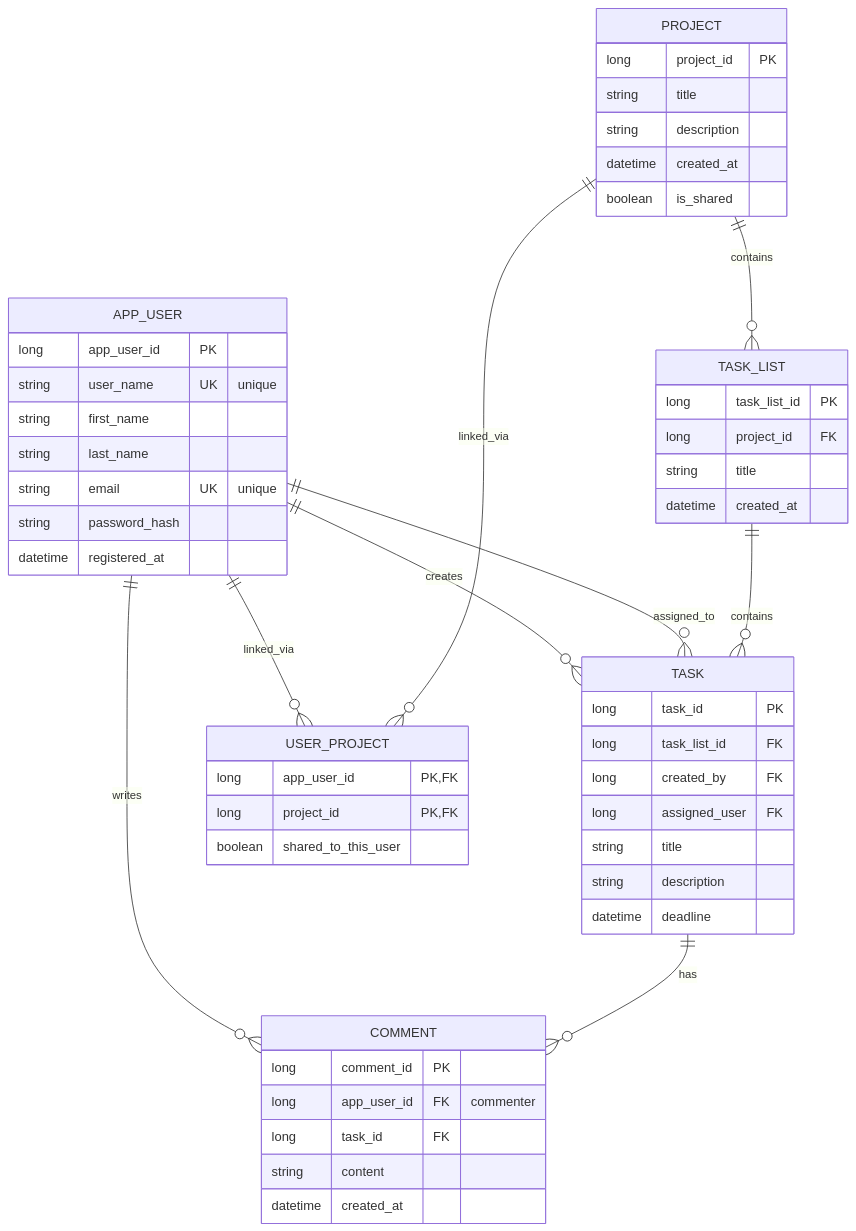
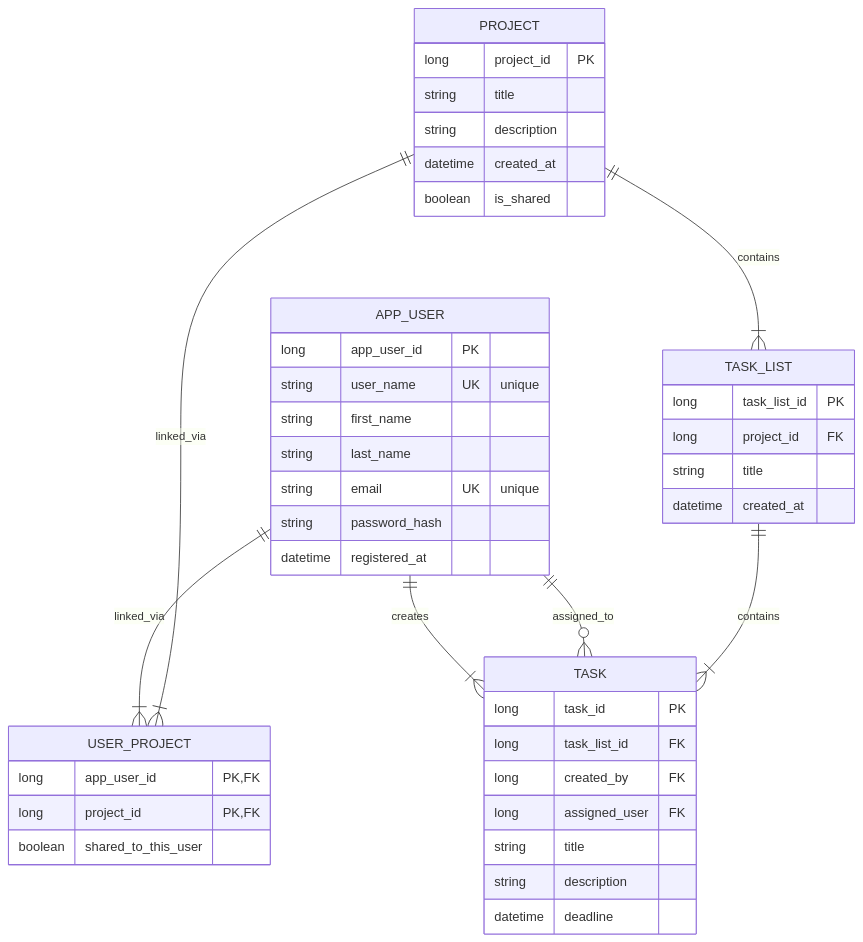
Before and after one commit to Git-Happens-HH/Project-management-backend: the diagram in README.md, drawn with Mermaid. The commit also changed other lines of this file, not shown here.

````diff
--- a/README.md
+++ b/README.md
@@ -118,60 +118,50 @@
 ```mermaid
 erDiagram
-  APP_USER ||--o{ TASK : creates
+  APP_USER ||--|{ TASK : creates
   APP_USER ||--o{ TASK : assigned_to
-  APP_USER ||--o{ COMMENT : writes
-  APP_USER ||--o{ USER_PROJECT : linked_via
-  PROJECT ||--o{ USER_PROJECT : linked_via
-  PROJECT ||--o{ TASK_LIST : contains
-  TASK_LIST ||--o{ TASK : contains
-  TASK ||--o{ COMMENT : has
+  APP_USER ||--|{ USER_PROJECT : linked_via
+  PROJECT ||--|{ USER_PROJECT : linked_via
+  PROJECT ||--|{ TASK_LIST : contains
+  TASK_LIST ||--|{ TASK : contains
 
   APP_USER {
     long app_user_id PK
     string user_name UK "unique"
     string first_name
     string last_name
     string email UK "unique"
     string password_hash
     datetime registered_at
   }
 
   PROJECT {
     long project_id PK
     string title
     string description
     datetime created_at
     boolean is_shared
   }
 
   TASK_LIST {
     long task_list_id PK
     long project_id FK
     string title
     datetime created_at
   }
 
   TASK {
     long task_id PK
     long task_list_id FK
     long created_by FK
     long assigned_user FK
     string title
     string description
     datetime deadline
   }
 
-  COMMENT {
-    long comment_id PK
-    long app_user_id FK "commenter"
-    long task_id FK
-    string content
-    datetime created_at
-  }
-
   USER_PROJECT {
     long app_user_id PK,FK
     long project_id PK,FK
     boolean shared_to_this_user
   }
 ```
````
